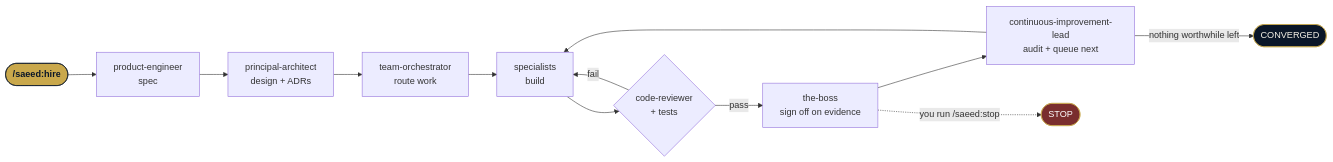
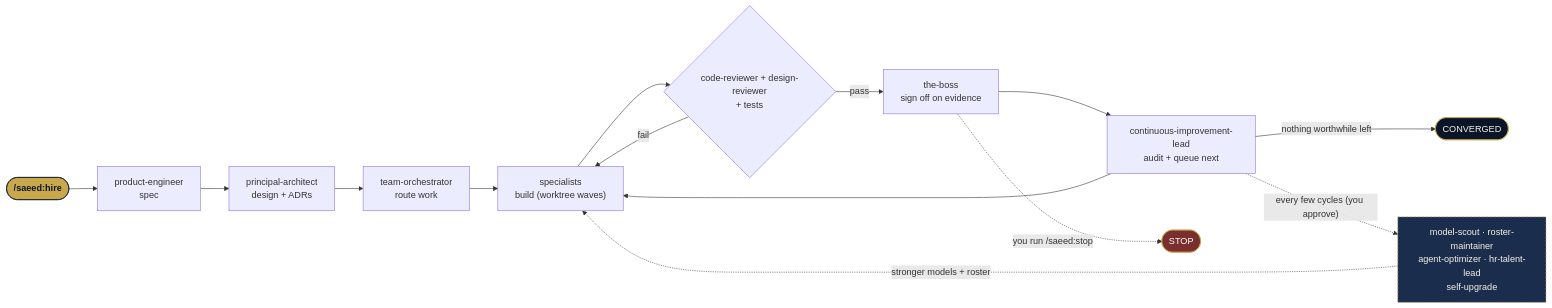
Before and after one commit to S-AlMansoori/S.A.E.E.D: the diagram in README.md, drawn with Mermaid. The commit also changed other lines of this file and 7 other files, not shown here.

First line of the commit message:
docs: roster to 53 agents, v1.3.0, design + self-upgrade in the story

````diff
--- a/README.md
+++ b/README.md
@@ -59,17 +63,20 @@
 ```mermaid
 flowchart LR
     H(["/saeed:hire"]):::cmd --> S["product-engineer<br/>spec"]
     S --> A["principal-architect<br/>design + ADRs"]
     A --> O["team-orchestrator<br/>route work"]
-    O --> B["specialists<br/>build"]
-    B --> G{"code-reviewer<br/>+ tests"}
+    O --> B["specialists<br/>build (worktree waves)"]
+    B --> G{"code-reviewer + design-reviewer<br/>+ tests"}
     G -- pass --> K["the-boss<br/>sign off on evidence"]
     G -- fail --> B
     K --> I["continuous-improvement-lead<br/>audit + queue next"]
     I --> B
     I -- "nothing worthwhile left" --> C(["CONVERGED"]):::done
+    I -. "every few cycles (you approve)" .-> U["model-scout · roster-maintainer<br/>agent-optimizer · hr-talent-lead<br/>self-upgrade"]:::meta
+    U -. "stronger models + roster" .-> B
     K -. "you run /saeed:stop" .-> X(["STOP"]):::stop
     classDef cmd fill:#C9A84C,stroke:#0A1628,color:#0A1628,font-weight:bold;
     classDef done fill:#0A1628,stroke:#C9A84C,color:#F5F1E6;
     classDef stop fill:#7a2e2e,stroke:#C9A84C,color:#ffffff;
+    classDef meta fill:#1b2d4d,stroke:#C9A84C,color:#F5F1E6,stroke-dasharray:4 3;
 ```
````
